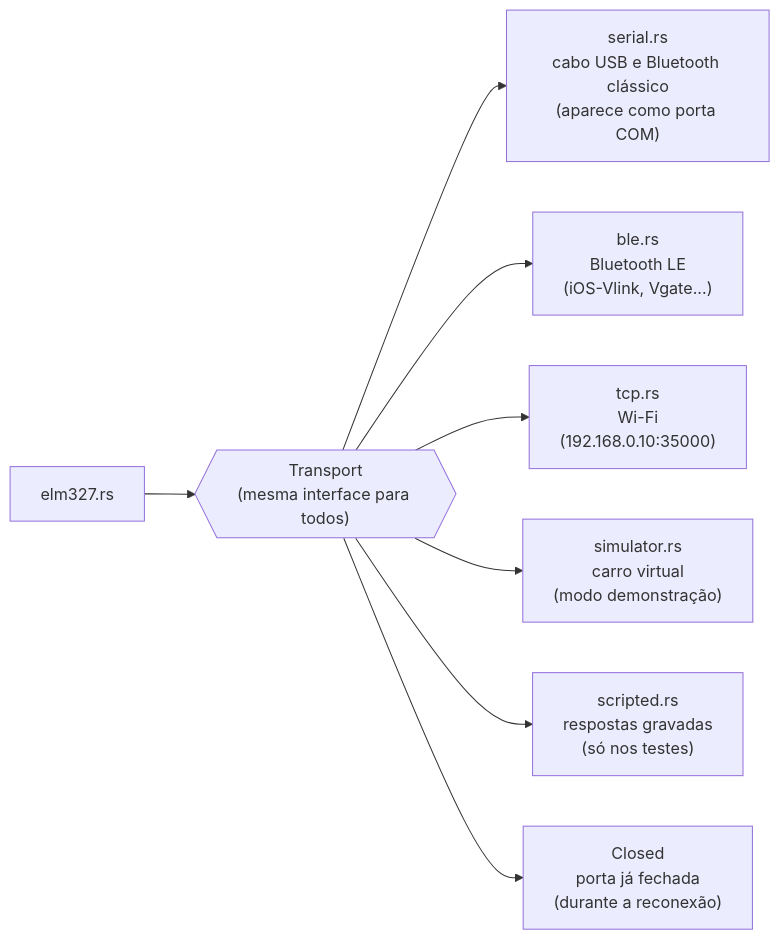
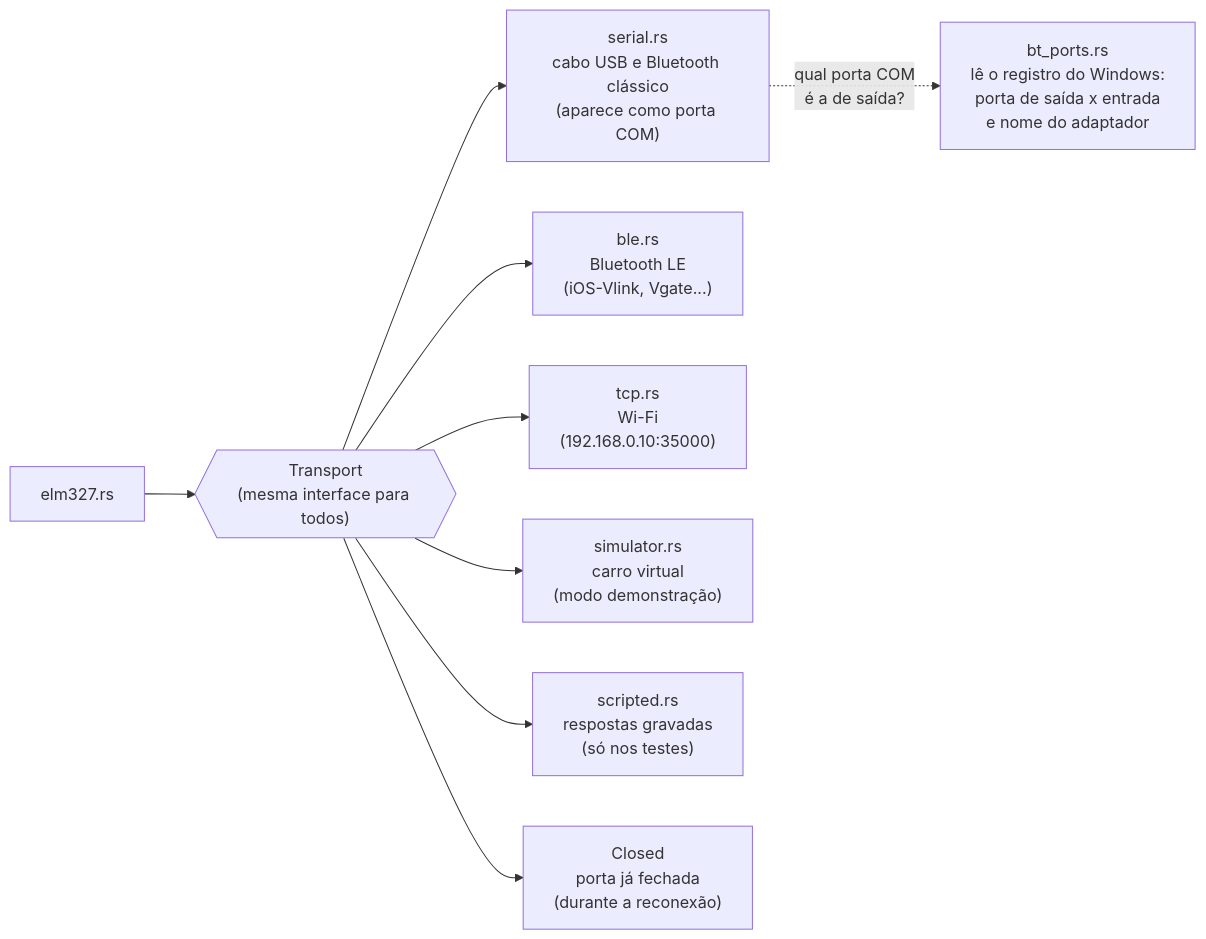
Before and after one commit to samuvieceli/obd2-scanner: the third of 12 diagrams in docs/DIAGRAMAS.md, drawn with Mermaid. The commit also changed other lines of this file and 15 other files, not shown here.

First line of the commit message:
Windows: tela acesa durante a leitura e porta COM certa do Bluetooth

````diff
--- a/docs/DIAGRAMAS.md
+++ b/docs/DIAGRAMAS.md
@@ -89,10 +89,11 @@
 ```mermaid
 flowchart LR
     elm["elm327.rs"] --> T{{"Transport<br/>(mesma interface para todos)"}}
     T --> serial["serial.rs<br/>cabo USB e Bluetooth clássico<br/>(aparece como porta COM)"]
+    serial -. "qual porta COM<br/>é a de saída?" .-> btp["bt_ports.rs<br/>lê o registro do Windows:<br/>porta de saída x entrada<br/>e nome do adaptador"]
     T --> ble["ble.rs<br/>Bluetooth LE<br/>(iOS-Vlink, Vgate...)"]
     T --> tcp["tcp.rs<br/>Wi-Fi<br/>(192.168.0.10:35000)"]
     T --> sim["simulator.rs<br/>carro virtual<br/>(modo demonstração)"]
     T --> scripted["scripted.rs<br/>respostas gravadas<br/>(só nos testes)"]
     T --> closed["Closed<br/>porta já fechada<br/>(durante a reconexão)"]
 ```
````
